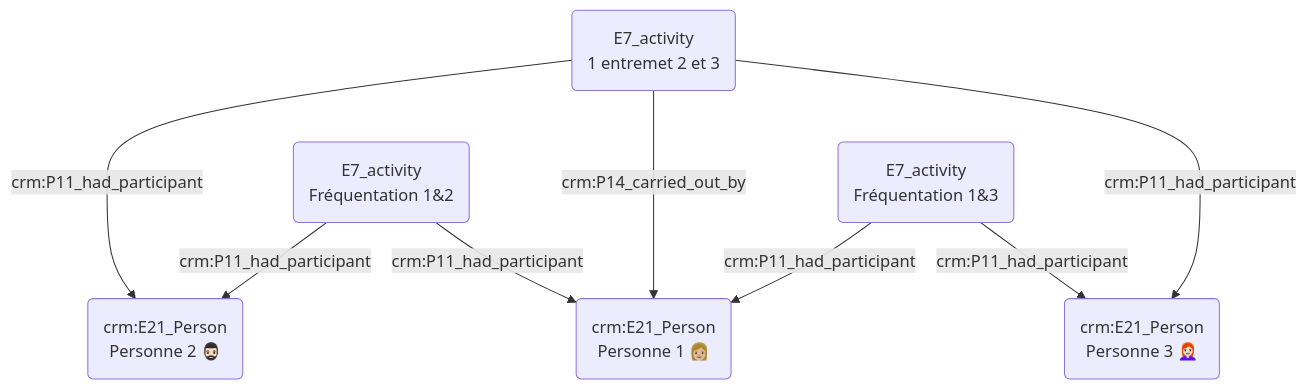
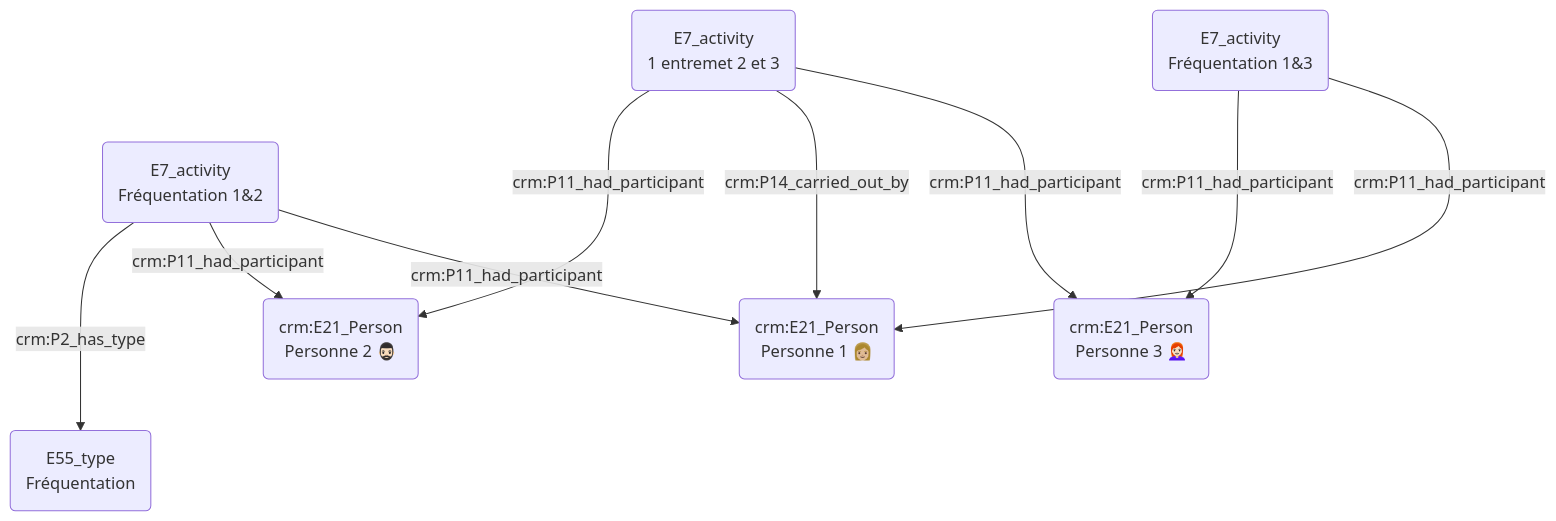
One commit to Amleth/consortium-musica2-gt2-ontologies changed the diagram in modules/livrables/Dossier 2/Prosopographie/rencontre de quelqu'un par le biais d'une tierce personne au sein d'un même lieu.md. Above: the diagram before and after it, drawn with Mermaid.

Commit message:
Update rencontre de quelqu'un par le biais d'une tierce personne au sein d'un même lieu.md

````diff
--- a/modules/livrables/Dossier 2/Prosopographie/rencontre de quelqu'un par le biais d'une tierce personne au sein d'un même lieu.md
+++ b/modules/livrables/Dossier 2/Prosopographie/rencontre de quelqu'un par le biais d'une tierce personne au sein d'un même lieu.md
@@ -13,23 +13,23 @@
 ```mermaid
 graph TD;
 
 
 
 O(E7_activity<br>1 entremet 2 et 3) --->|crm:P11_had_participant| C("crm:E21_Person<br>Personne 2 🧔🏻‍♂️")
+B(E7_activity<br>Fréquentation 1&2) --->|crm:P2_has_type| F(E55_type<br>Fréquentation)
 B(E7_activity<br>Fréquentation 1&2) -->|crm:P11_had_participant| C("crm:E21_Person<br>Personne 2 🧔🏻‍♂️")
 
 B(E7_activity<br>Fréquentation 1&2) -->|crm:P11_had_participant| A("crm:E21_Person<br>Personne 1 👩🏼")
 
 
 O(E7_activity<br>1 entremet 2 et 3) --->|crm:P14_carried_out_by| A("crm:E21_Person<br>Personne 1 👩🏼")
-D(E7_activity<br>Fréquentation 1&3) -->|crm:P11_had_participant| E("crm:E21_Person<br>Personne 3 👩🏻‍🦰")
-
+D(E7_activity<br>Fréquentation 1&3) --->|crm:P11_had_participant| E("crm:E21_Person<br>Personne 3 👩🏻‍🦰")
 O(E7_activity<br>1 entremet 2 et 3) --->|crm:P11_had_participant| E("crm:E21_Person<br>Personne 3 👩🏻‍🦰")
 D(E7_activity<br>Fréquentation 1&3) -->|crm:P11_had_participant| A("crm:E21_Person<br>Personne 1 👩🏼")
 
 
 
 
 
 
 ```
````
